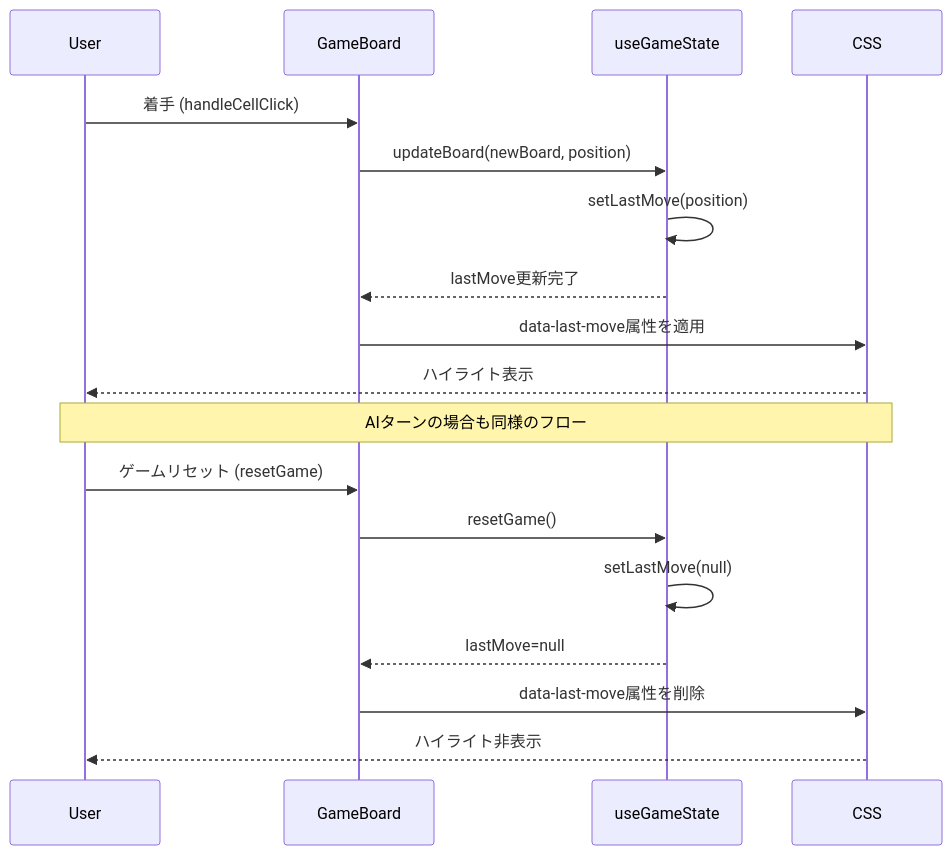
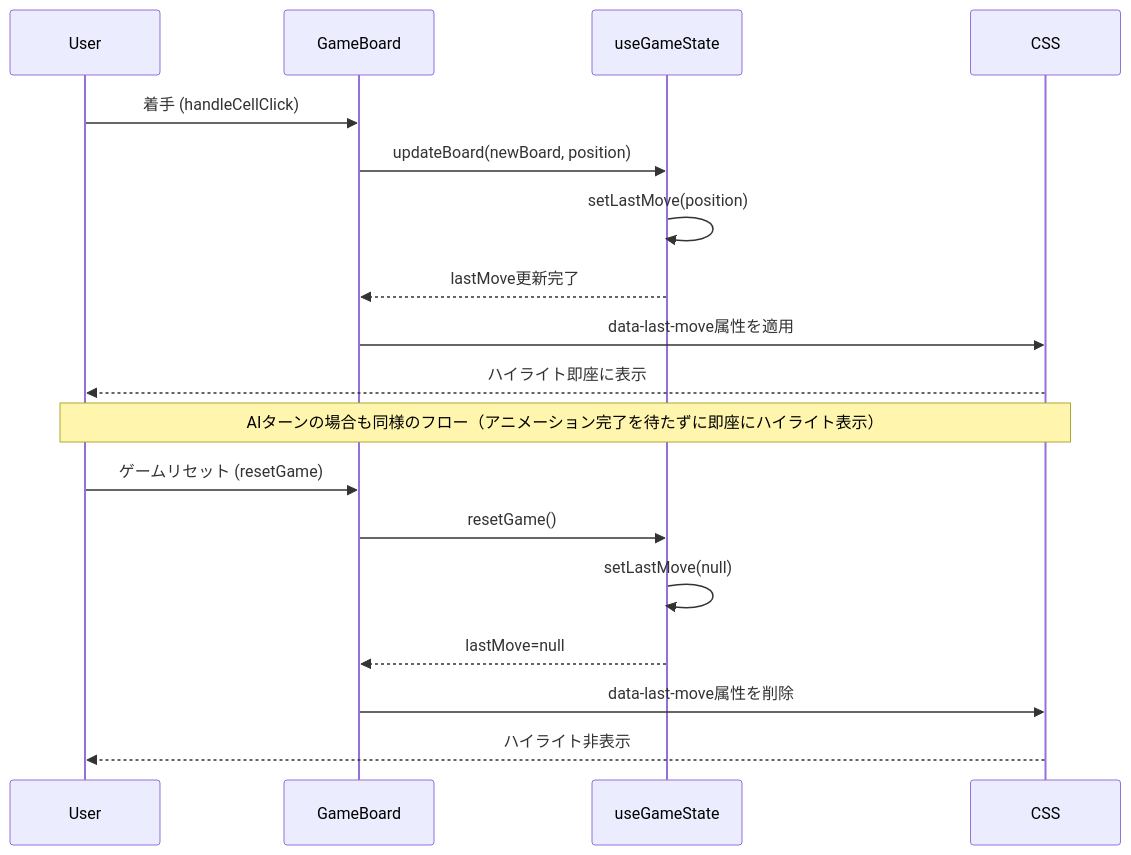
One commit to noriaki/line-miniapp-reversi changed the second of 2 diagrams in .specify/specs/last-move-highlight/design.md. Above: the diagram before and after it, drawn with Mermaid. The commit also changed other lines of this file, not shown here.

````diff
--- a/.specify/specs/last-move-highlight/design.md
+++ b/.specify/specs/last-move-highlight/design.md
@@ -101,23 +101,23 @@
 ```mermaid
 sequenceDiagram
     participant User
     participant GameBoard
     participant useGameState
     participant CSS
 
     User->>GameBoard: 着手 (handleCellClick)
     GameBoard->>useGameState: updateBoard(newBoard, position)
     useGameState->>useGameState: setLastMove(position)
     useGameState-->>GameBoard: lastMove更新完了
     GameBoard->>CSS: data-last-move属性を適用
-    CSS-->>User: ハイライト表示
+    CSS-->>User: ハイライト即座に表示
 
-    Note over User,CSS: AIターンの場合も同様のフロー
+    Note over User,CSS: AIターンの場合も同様のフロー（アニメーション完了を待たずに即座にハイライト表示）
 
     User->>GameBoard: ゲームリセット (resetGame)
     GameBoard->>useGameState: resetGame()
     useGameState->>useGameState: setLastMove(null)
     useGameState-->>GameBoard: lastMove=null
     GameBoard->>CSS: data-last-move属性を削除
     CSS-->>User: ハイライト非表示
 ```
````
